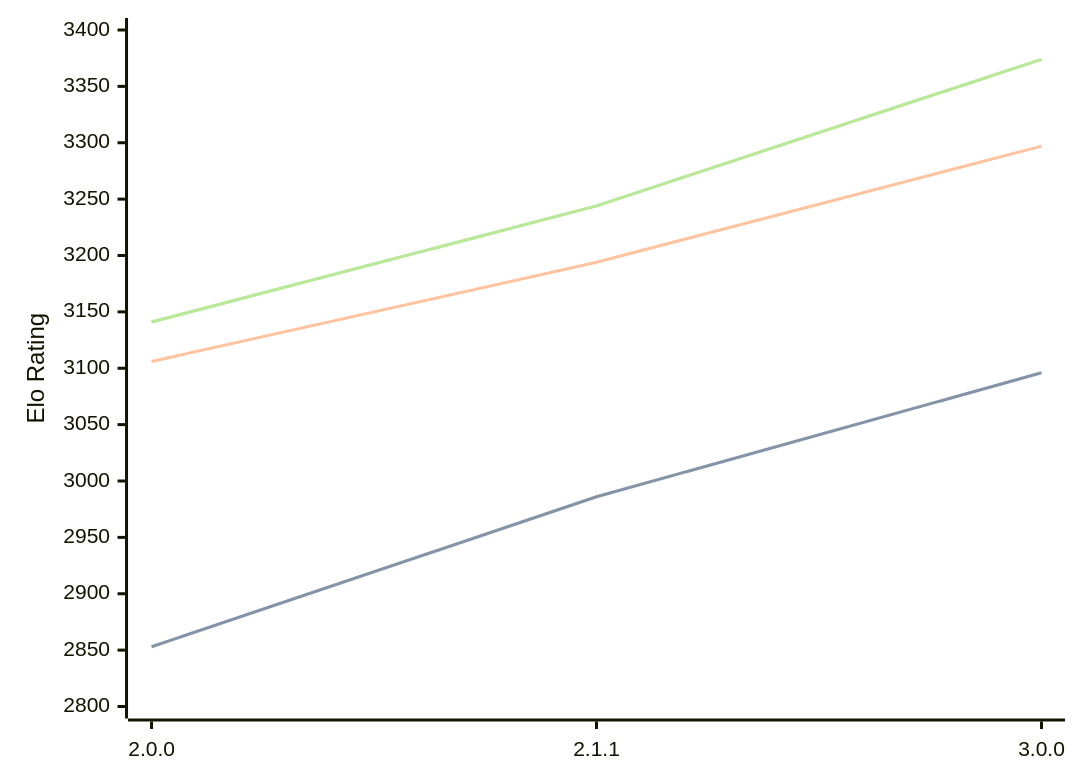
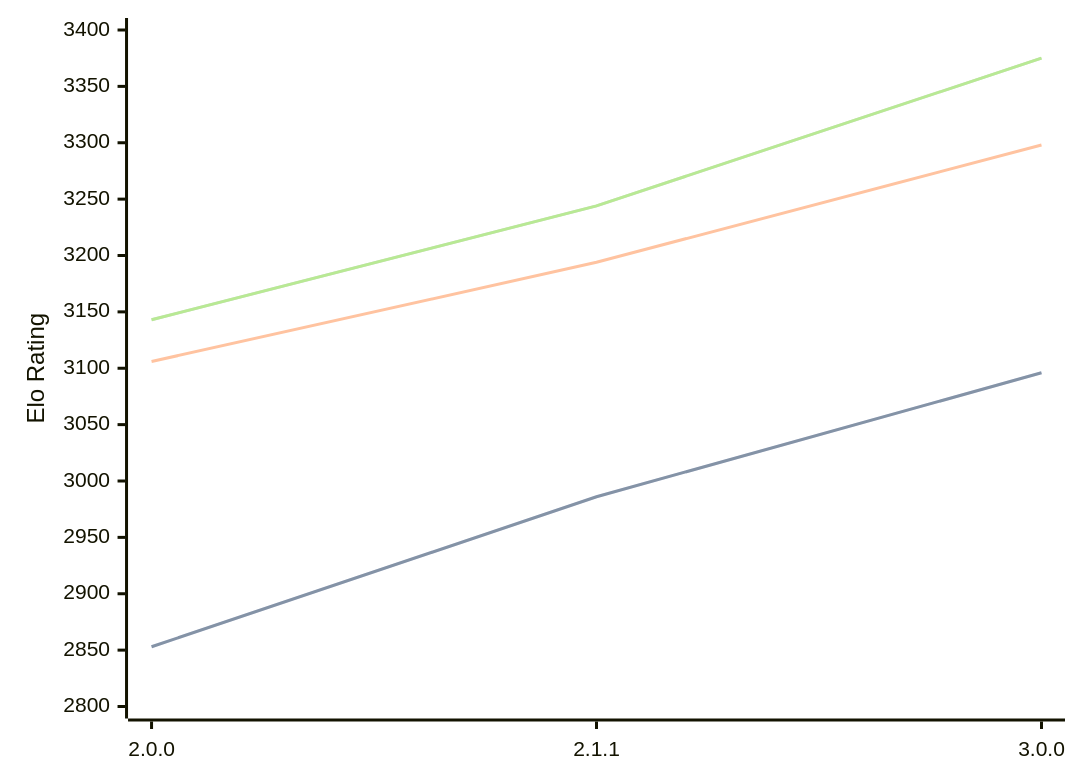
The first of 3 diagrams in engines/Bread.md (computer-chess-index/cci), drawn with Mermaid before and after one commit. The commit also changed other lines of this file, not shown here.

Commit message:
Update CCI Ratings (ELO VLTC) - 2026-07-12

````diff
--- a/engines/Bread.md
+++ b/engines/Bread.md
@@ -53,11 +53,11 @@
 ```mermaid
 %%{init: {"theme":"base","themeVariables":{"seriesColors:['#a3a3a3','#222221','#faa371']}}}%%
 xychart-beta
   x-axis ["2.0.0", "2.1.1", "3.0.0"]
   y-axis "Elo Rating" 2800 --> 3400
   line "STC (8.0+0.08s)" [2853, 2986, 3096]
   line "STC (8.0+0.08s)" [2853, 2986, 3096]
-  line "LTC (60.0+0.60s)" [3106, 3194, 3297]
-  line "VLTC (2m24s+1.12s)" [3141, 3244, 3374]
-  line "VLTC (2m24s+1.12s)" [3141, 3244, 3374]
+  line "LTC (60.0+0.60s)" [3106, 3194, 3298]
+  line "VLTC (2m24s+1.12s)" [3143, 3244, 3375]
+  line "VLTC (2m24s+1.12s)" [3143, 3244, 3375]
 ```
````
